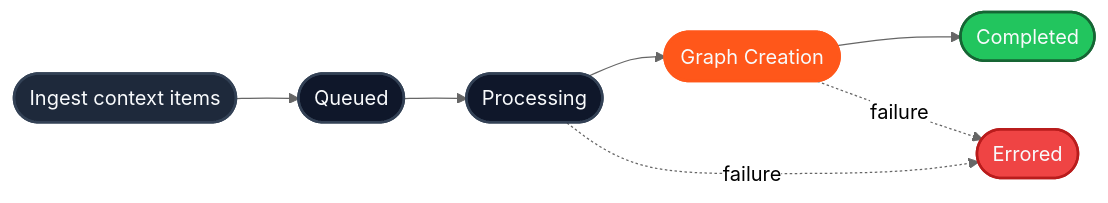
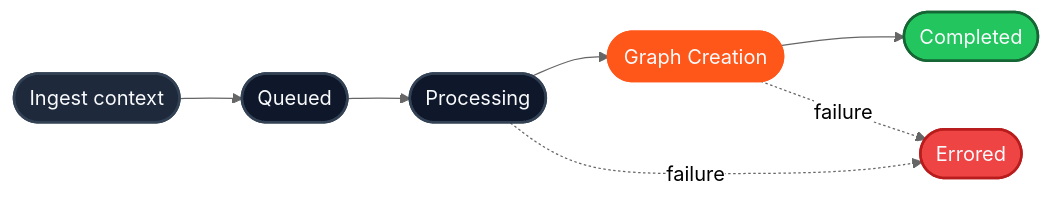
The second of 2 diagrams in essentials/v2/architecture.mdx (hydra-db/mintlify-docs), drawn with Mermaid (neutral theme) before and after one commit. The commit also changed other lines of this file and 38 other files, not shown here.

````diff
--- a/essentials/v2/architecture.mdx
+++ b/essentials/v2/architecture.mdx
@@ -91,23 +91,23 @@
 ```mermaid
 flowchart LR
-  Upload([Ingest context items])
+  Upload([Ingest context])
   Queued([Queued])
   Processing([Processing])
   Graph([Graph Creation])
   Completed([Completed])
   Errored([Errored])
 
   Upload --> Queued
   Queued --> Processing
   Processing --> Graph
   Graph --> Completed
   Processing -.failure.-> Errored
   Graph -.failure.-> Errored
 
   style Upload fill:#1e293b,stroke:#334155,stroke-width:2px,color:#f8fafc,stroke-linecap:round
   style Queued fill:#0f172a,stroke:#334155,stroke-width:2px,color:#f8fafc,stroke-linecap:round
   style Processing fill:#0f172a,stroke:#334155,stroke-width:2px,color:#f8fafc,stroke-linecap:round
   style Graph fill:#FF571A,stroke:#FF571A,stroke-width:2.5px,color:#f8fafc,stroke-linecap:round
   style Completed fill:#22c55e,stroke:#166534,stroke-width:2px,color:#f8fafc,stroke-linecap:round
   style Errored fill:#ef4444,stroke:#b91c1c,stroke-width:2px,color:#f8fafc,stroke-linecap:round
 ```
````
